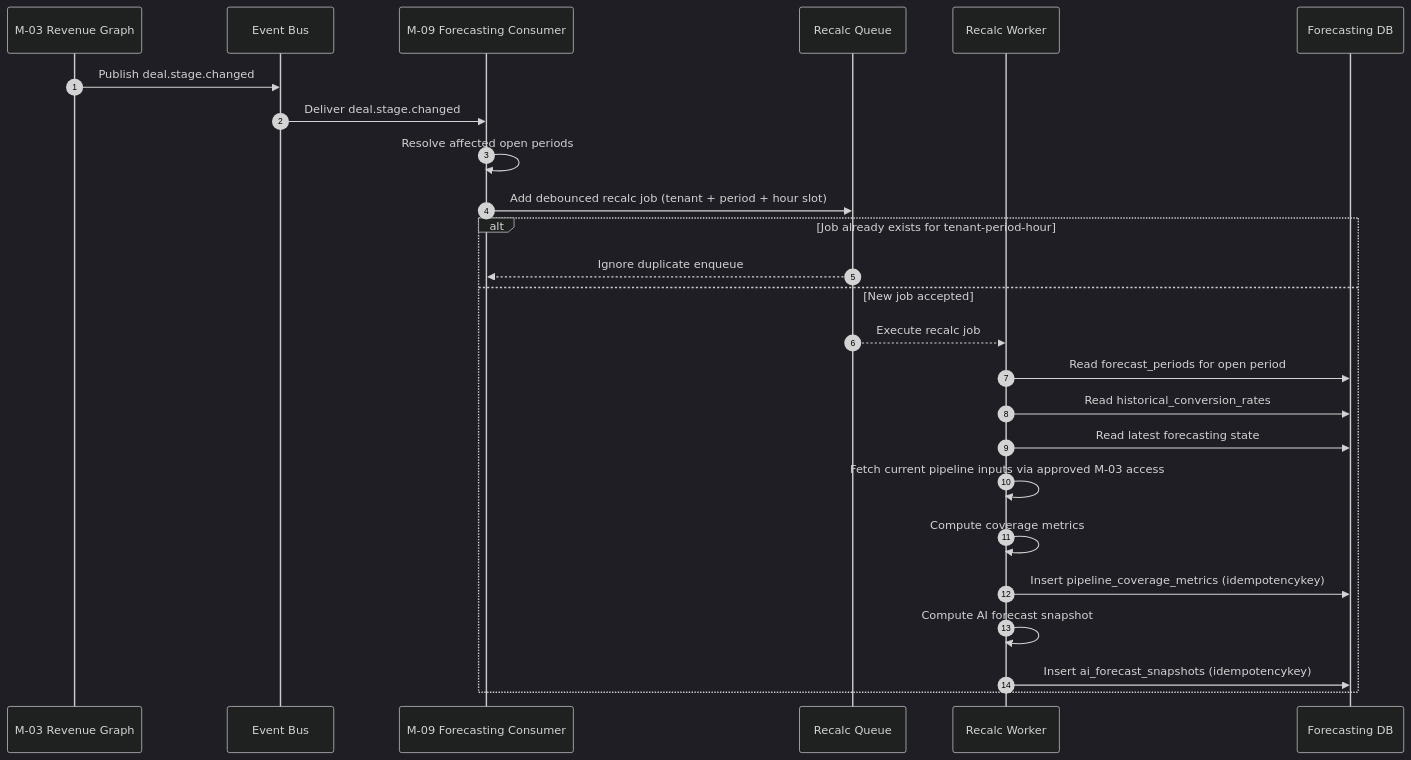
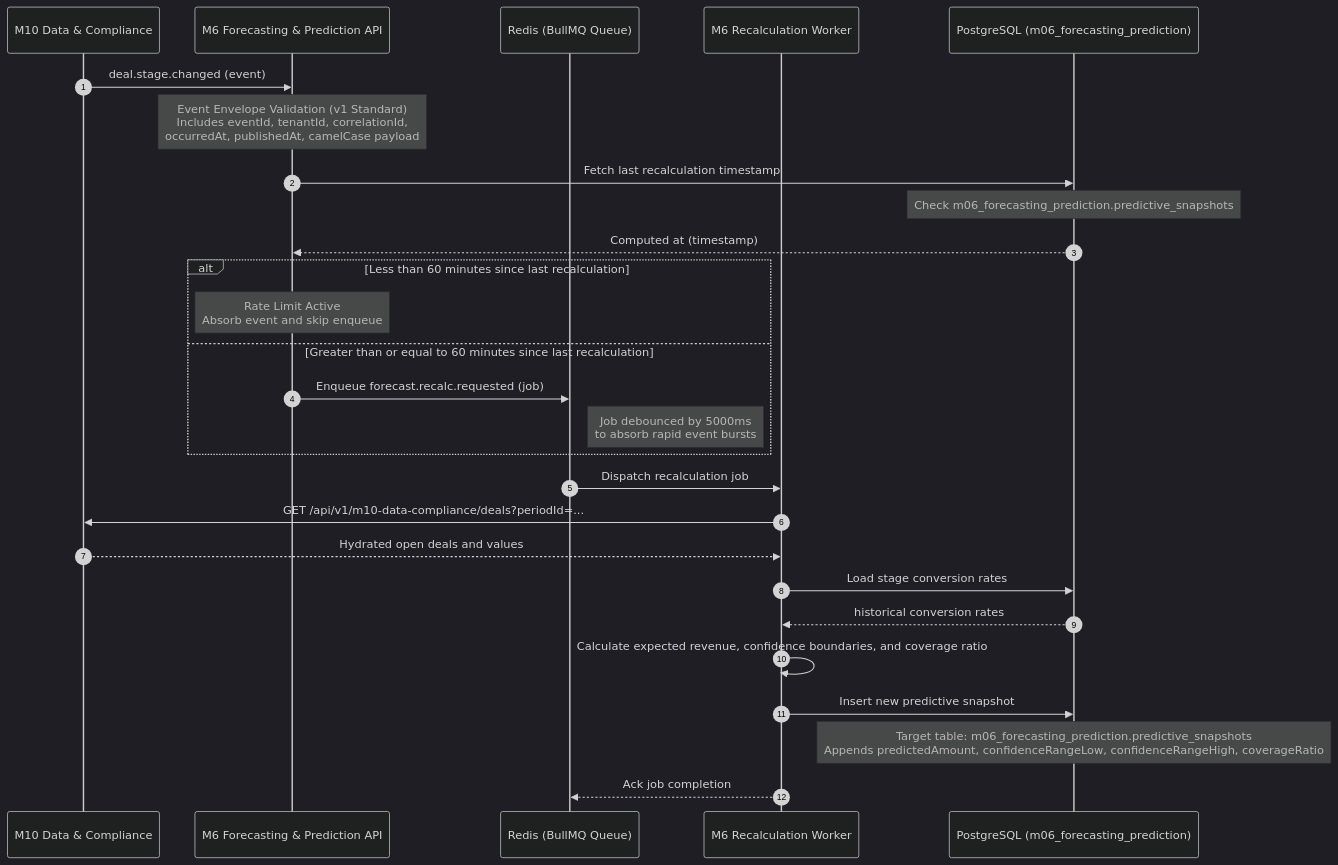
The first of 4 diagrams in Reference documents/M6 Forecasting & Prediction/Sequence Diagrams for M6.md (PoojaTiwari09/FB-and-RP-Fixes), drawn with Mermaid (dark theme) before and after one commit. The commit also changed other lines of this file and 79 other files, not shown here.

````diff
--- a/Reference documents/M6 Forecasting & Prediction/Sequence Diagrams for M6.md
+++ b/Reference documents/M6 Forecasting & Prediction/Sequence Diagrams for M6.md
@@ -54,29 +26,37 @@
 ```mermaid
 sequenceDiagram
     autonumber
-    participant M03 as M-03 Revenue Graph
-    participant Bus as Event Bus
-    participant M09 as M-09 Forecasting Consumer
-    participant Queue as Recalc Queue
-    participant Worker as Recalc Worker
-    participant DB as Forecasting DB
+    participant M10 as M10 Data & Compliance
+    participant M6 as M6 Forecasting & Prediction API
+    participant Redis as Redis (BullMQ Queue)
+    participant Worker as M6 Recalculation Worker
+    participant DB as PostgreSQL (m06_forecasting_prediction)
 
-    M03->>Bus: Publish deal.stage.changed
-    Bus->>M09: Deliver deal.stage.changed
-    M09->>M09: Resolve affected open periods
-    M09->>Queue: Add debounced recalc job (tenant + period + hour slot)
+    M10->>M6: deal.stage.changed (event)
+    Note over M6: Event Envelope Validation (v1 Standard)<br/>Includes eventId, tenantId, correlationId,<br/>occurredAt, publishedAt, camelCase payload
 
-    alt Job already exists for tenant-period-hour
-        Queue-->>M09: Ignore duplicate enqueue
-    else New job accepted
-        Queue-->>Worker: Execute recalc job
-        Worker->>DB: Read forecast_periods for open period
-        Worker->>DB: Read historical_conversion_rates
-        Worker->>DB: Read latest forecasting state
-        Worker->>Worker: Fetch current pipeline inputs via approved M-03 access
-        Worker->>Worker: Compute coverage metrics
-        Worker->>DB: Insert pipeline_coverage_metrics (idempotencykey)
-        Worker->>Worker: Compute AI forecast snapshot
-        Worker->>DB: Insert ai_forecast_snapshots (idempotencykey)
+    M6->>DB: Fetch last recalculation timestamp
+    Note over DB: Check m06_forecasting_prediction.predictive_snapshots
+    DB-->>M6: Computed at (timestamp)
+
+    alt Less than 60 minutes since last recalculation
+        Note over M6: Rate Limit Active<br/>Absorb event and skip enqueue
+    else Greater than or equal to 60 minutes since last recalculation
+        M6->>Redis: Enqueue forecast.recalc.requested (job)
+        Note right of Redis: Job debounced by 5000ms<br/>to absorb rapid event bursts
     end
+
+    Redis->>Worker: Dispatch recalculation job
+    Worker->>M10: GET /api/v1/m10-data-compliance/deals?periodId=...
+    M10-->>Worker: Hydrated open deals and values
+    
+    Worker->>DB: Load stage conversion rates
+    DB-->>Worker: historical conversion rates
+    
+    Worker->>Worker: Calculate expected revenue, confidence boundaries, and coverage ratio
+    
+    Worker->>DB: Insert new predictive snapshot
+    Note over DB: Target table: m06_forecasting_prediction.predictive_snapshots<br/>Appends predictedAmount, confidenceRangeLow, confidenceRangeHigh, coverageRatio
+    
+    Worker-->>Redis: Ack job completion
 ```
````
